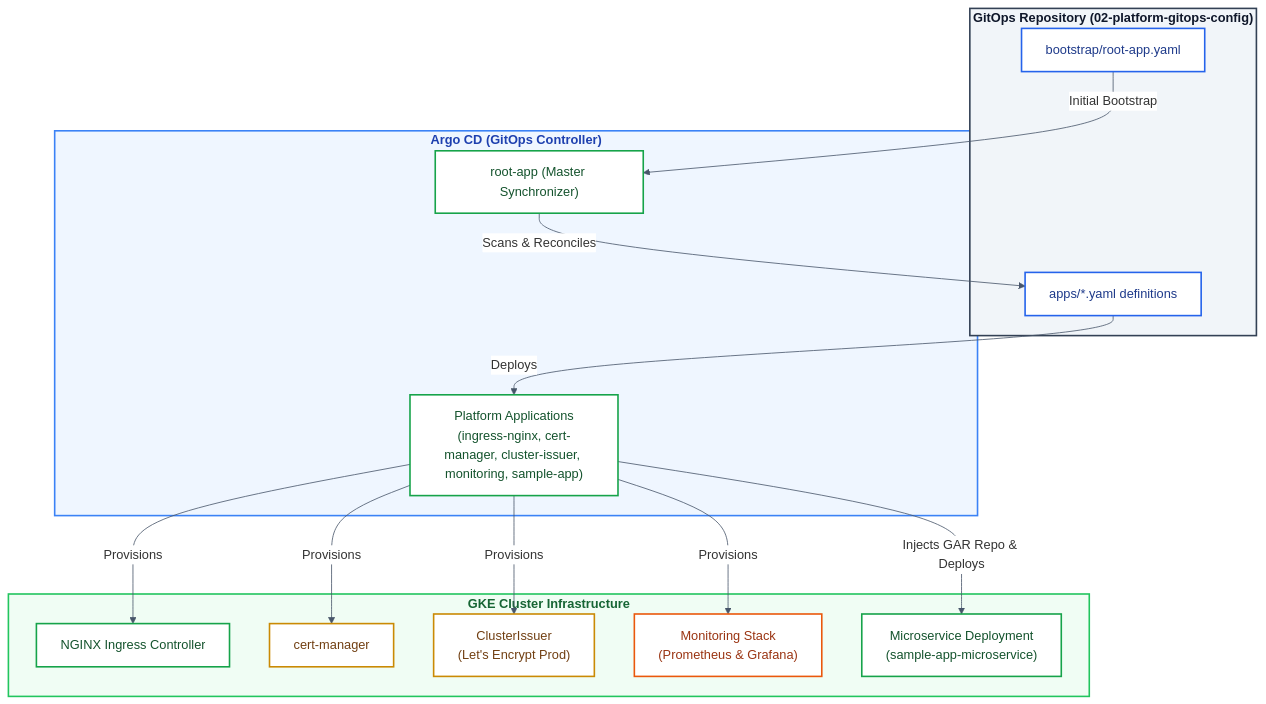
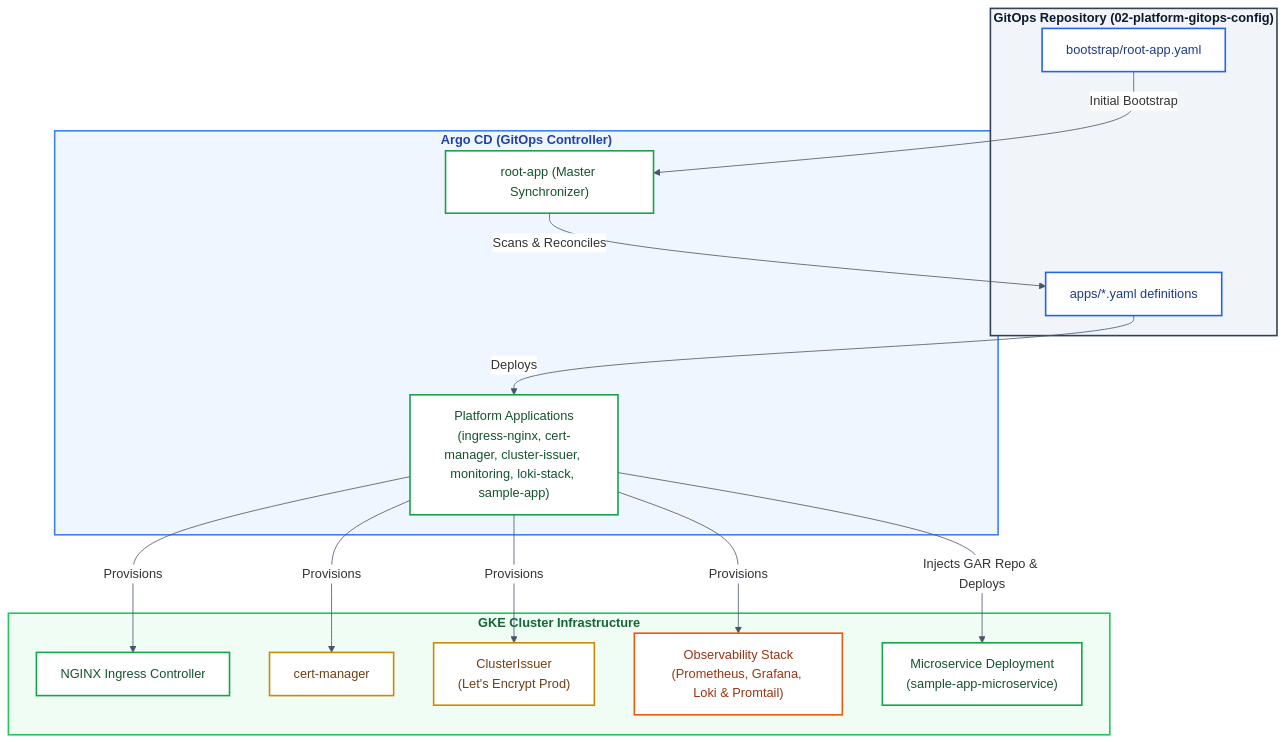
Before and after one commit to vladimir-evdokimov-pro/02-platform-gitops-config: the diagram in README.md, drawn with Mermaid. The commit also changed other lines of this file, not shown here.

````diff
--- a/README.md
+++ b/README.md
@@ -34,49 +35,49 @@
 ```mermaid
 %%{
   init: {
     'theme': 'base',
     'themeVariables': {
       'primaryColor': '#ffffff',
       'primaryBorderColor': '#475569',
       'lineColor': '#475569',
       'textColor': '#0f172a'
     }
   }
 }%%
 graph TD
     style GITHUB fill:#f1f5f9,stroke:#334155,stroke-width:2px
     style ARGOCD fill:#eff6ff,stroke:#3b82f6,stroke-width:2px
     style INFRA fill:#f0fdf4,stroke:#22c55e,stroke-width:2px
 
     classDef gitBlue fill:#ffffff,stroke:#2563eb,stroke-width:2px,color:#1e3a8a;
     classDef k8sGreen fill:#ffffff,stroke:#16a34a,stroke-width:2px,color:#14532d;
     classDef certYellow fill:#ffffff,stroke:#ca8a04,stroke-width:2px,color:#713f12;
     classDef promOrange fill:#ffffff,stroke:#ea580c,stroke-width:2px,color:#9a3412;
 
     subgraph GITHUB["<font color='#0f172a'><b>GitOps Repository (02-platform-gitops-config)</b></font>"]
         ROOT_FILE["bootstrap/root-app.yaml"]:::gitBlue
         APPS_DIR["apps/*.yaml definitions"]:::gitBlue
     end
 
     subgraph ARGOCD["<font color='#1e40af'><b>Argo CD (GitOps Controller)</b></font>"]
         ROOT_APP["root-app (Master Synchronizer)"]:::k8sGreen
-        SUB_APPS["Platform Applications<br/>(ingress-nginx, cert-manager, cluster-issuer, monitoring, sample-app)"]:::k8sGreen
+        SUB_APPS["Platform Applications<br/>(ingress-nginx, cert-manager, cluster-issuer, monitoring, loki-stack, sample-app)"]:::k8sGreen
     end
 
     subgraph INFRA["<font color='#166534'><b>GKE Cluster Infrastructure</b></font>"]
         NGINX["NGINX Ingress Controller"]:::k8sGreen
         CERT["cert-manager"]:::certYellow
         ISSUER["ClusterIssuer<br/>(Let's Encrypt Prod)"]:::certYellow
-        MONITORING["Monitoring Stack<br/>(Prometheus & Grafana)"]:::promOrange
+        MONITORING["Observability Stack<br/>(Prometheus, Grafana, Loki & Promtail)"]:::promOrange
         WORKLOAD["Microservice Deployment<br/>(sample-app-microservice)"]:::k8sGreen
     end
 
     ROOT_FILE -->|Initial Bootstrap| ROOT_APP
     ROOT_APP -->|Scans & Reconciles| APPS_DIR
     APPS_DIR -->|Deploys| SUB_APPS
     SUB_APPS -->|Provisions| NGINX
     SUB_APPS -->|Provisions| CERT
     SUB_APPS -->|Provisions| ISSUER
     SUB_APPS -->|Provisions| MONITORING
     SUB_APPS -->|Injects GAR Repo & Deploys| WORKLOAD
 ```
````
